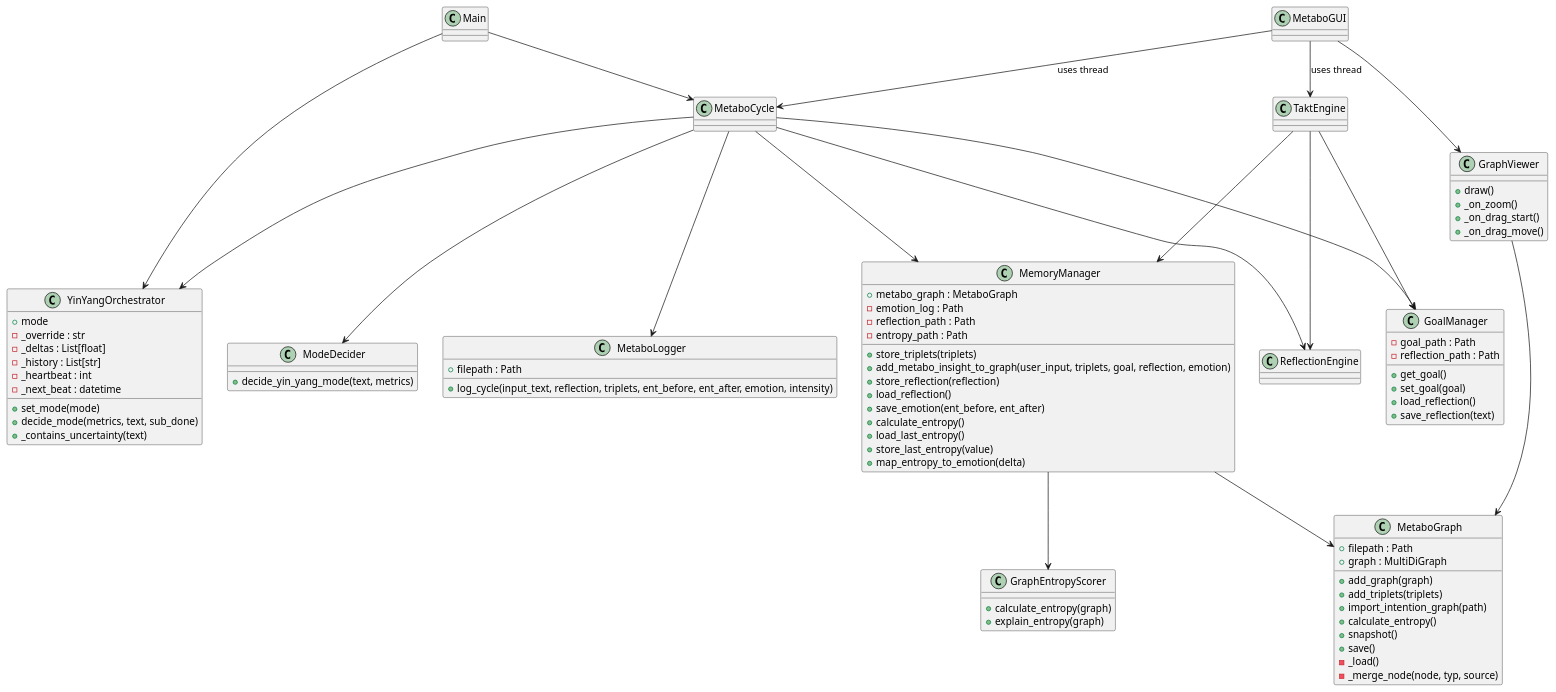
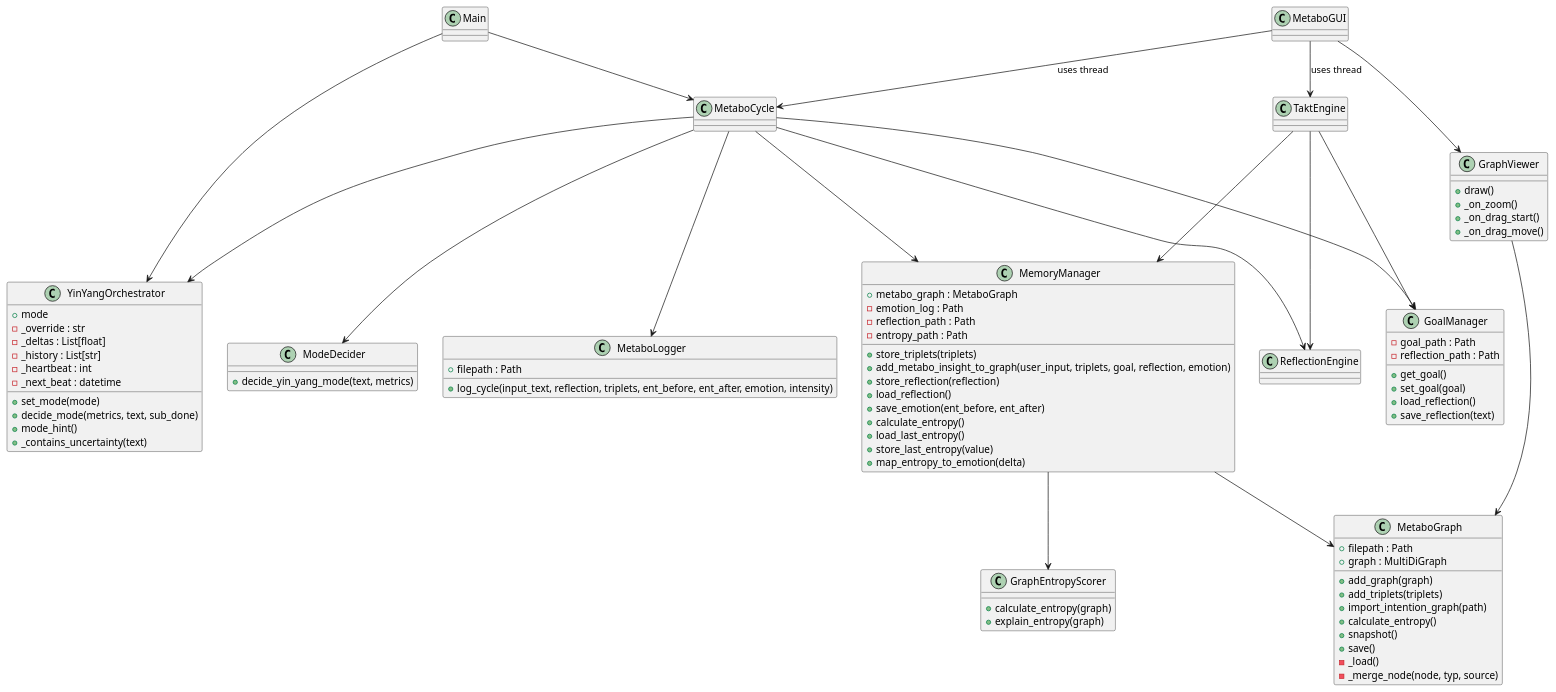
One commit to marcusreimold/MetaboMind changed the diagram in doc/diagrams/class_diagram.puml. Above: the diagram before and after it, drawn with PlantUML. The commit also changed 19 other files, not shown here.

```diff
--- a/doc/diagrams/class_diagram.puml
+++ b/doc/diagrams/class_diagram.puml
@@ -1,89 +1,90 @@
 @startuml
 '/' Updated after adding requirements.txt
 class Main
 class MetaboCycle
 class GoalManager {
   -goal_path : Path
   -reflection_path : Path
   +get_goal()
   +set_goal(goal)
   +load_reflection()
   +save_reflection(text)
 }
 class MemoryManager {
   +metabo_graph : MetaboGraph
   -emotion_log : Path
   -reflection_path : Path
   -entropy_path : Path
   +store_triplets(triplets)
   +add_metabo_insight_to_graph(user_input, triplets, goal, reflection, emotion)
   +store_reflection(reflection)
   +load_reflection()
   +save_emotion(ent_before, ent_after)
   +calculate_entropy()
   +load_last_entropy()
   +store_last_entropy(value)
   +map_entropy_to_emotion(delta)
 }
 class ReflectionEngine
 class TaktEngine
 class YinYangOrchestrator {
   +mode
   -_override : str
   -_deltas : List[float]
   -_history : List[str]
   -_heartbeat : int
   -_next_beat : datetime
   +set_mode(mode)
   +decide_mode(metrics, text, sub_done)
+  +mode_hint()
   +_contains_uncertainty(text)
 }
 class ModeDecider {
   +decide_yin_yang_mode(text, metrics)
 }
 class MetaboGUI
 class GraphViewer {
   +draw()
   +_on_zoom()
   +_on_drag_start()
   +_on_drag_move()
 }
 class GraphEntropyScorer {
   +calculate_entropy(graph)
   +explain_entropy(graph)
 }
 class MetaboGraph {
   +filepath : Path
   +graph : MultiDiGraph
   +add_graph(graph)
   +add_triplets(triplets)
   +import_intention_graph(path)
   +calculate_entropy()
   +snapshot()
   +save()
   -_load()
   -_merge_node(node, typ, source)
 }
 class MetaboLogger {
   +filepath : Path
   +log_cycle(input_text, reflection, triplets, ent_before, ent_after, emotion, intensity)
 }
 
 Main --> MetaboCycle
 MetaboCycle --> GoalManager
 MetaboCycle --> MemoryManager
 MetaboCycle --> ReflectionEngine
 MetaboCycle --> YinYangOrchestrator
 MetaboCycle --> ModeDecider
 MemoryManager --> MetaboGraph
 TaktEngine --> MemoryManager
 TaktEngine --> GoalManager
 TaktEngine --> ReflectionEngine
 Main --> YinYangOrchestrator
 MetaboGUI --> MetaboCycle : uses thread
 MetaboGUI --> TaktEngine : uses thread
 MetaboGUI --> GraphViewer
 MemoryManager --> GraphEntropyScorer
 GraphViewer --> MetaboGraph
 MetaboCycle --> MetaboLogger
 @enduml
```
